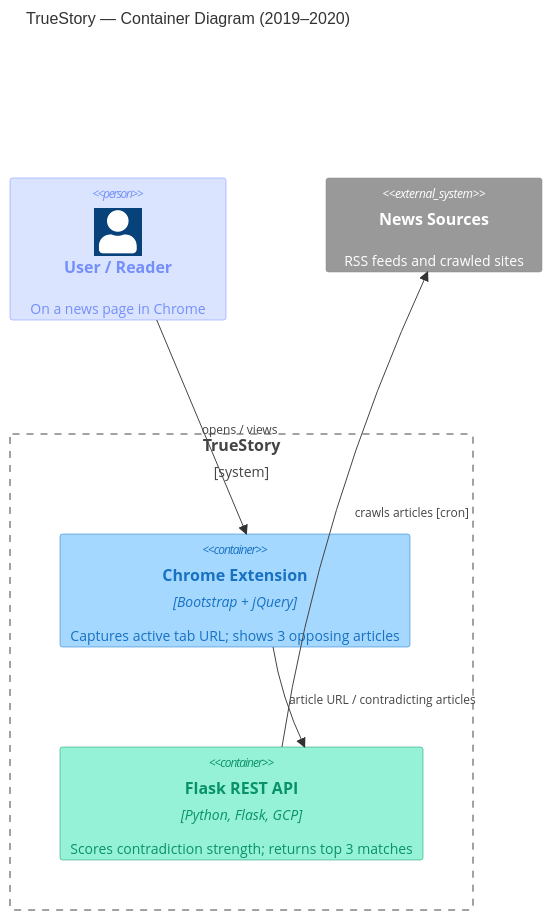
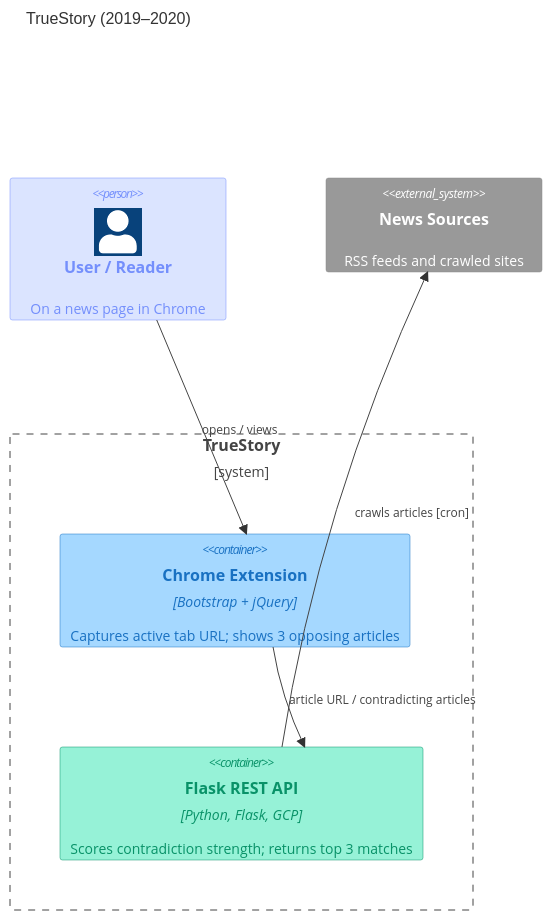
Before and after one commit to cmin764/portfolio: the diagram in src/diagrams/truestory.md, drawn with Mermaid. The commit also changed other lines of this file and 7 other files, not shown here.

Commit message:
Standardize diagram titles, add missing gray overrides, fix Rel_* in knowledge-base

````diff
--- a/src/diagrams/truestory.md
+++ b/src/diagrams/truestory.md
@@ -3,24 +3,24 @@
 ```mermaid
 C4Container
-  title TrueStory — Container Diagram (2019–2020)
+  title TrueStory (2019–2020)
 
   Person(user, "User / Reader", "On a news page in Chrome")
 
   Boundary(truestory, "TrueStory", "system") {
     Container(ext, "Chrome Extension", "Bootstrap + jQuery", "Captures active tab URL; shows 3 opposing articles")
     Container(api, "Flask REST API", "Python, Flask, GCP", "Scores contradiction strength; returns top 3 matches")
   }
 
   System_Ext(news, "News Sources", "RSS feeds and crawled sites")
 
   Rel(user, ext, "opens / views")
   Rel(ext, api, "article URL / contradicting articles")
   %% api→news: dashed line + filled arrowhead in export (cron dependency, not async queue)
   Rel(api, news, "crawls articles [cron]")
 
   UpdateElementStyle(user, $fontColor="#748ffc", $bgColor="#dbe4ff", $borderColor="#748ffc")
   UpdateElementStyle(ext, $fontColor="#1971c2", $bgColor="#a5d8ff", $borderColor="#1971c2")
   UpdateElementStyle(api, $fontColor="#099268", $bgColor="#96f2d7", $borderColor="#099268")
 
   UpdateLayoutConfig($c4ShapeInRow="2", $c4BoundaryInRow="1")
 ```
````
